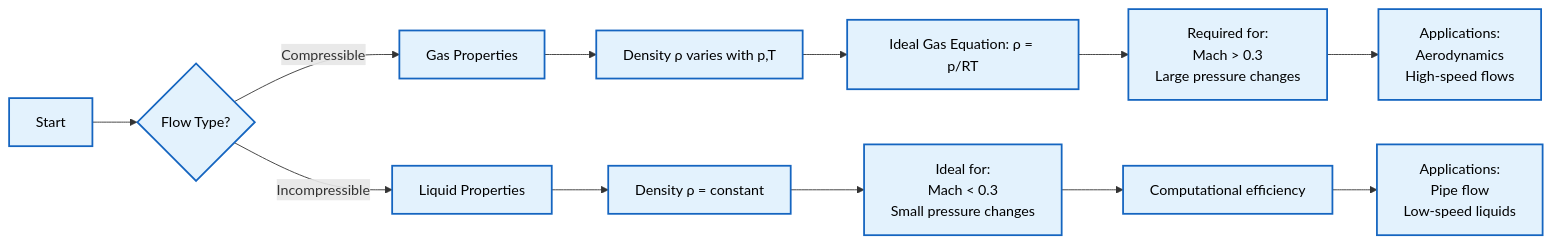
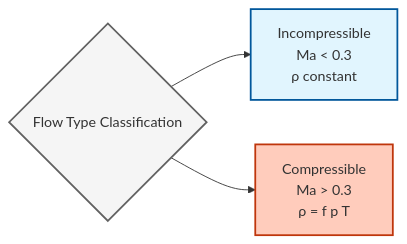
One commit to wramet/build-my-cfd changed the second of 2 diagrams in MODULE_01_CFD_FUNDAMENTALS/CONTENT/01_GOVERNING_EQUATIONS/03_Equation_of_State.md. Above: the diagram before and after it, drawn with Mermaid. The commit also changed other lines of this file and 313 other files, not shown here.

Commit message:
Revise all diagram

````diff
--- a/MODULE_01_CFD_FUNDAMENTALS/CONTENT/01_GOVERNING_EQUATIONS/03_Equation_of_State.md
+++ b/MODULE_01_CFD_FUNDAMENTALS/CONTENT/01_GOVERNING_EQUATIONS/03_Equation_of_State.md
@@ -162,20 +152,12 @@
 ```mermaid
 graph LR
-    A[Start] --> B{Flow Type?}
-    B -->|Compressible| C[Gas Properties]
-    C --> D[Density ρ varies with p,T]
-    D --> E[Ideal Gas Equation: ρ = p/RT]
-    E --> F[Required for: <br/>Mach > 0.3<br/>Large pressure changes]
+classDef implicit fill:#e1f5fe,stroke:#01579b,stroke-width:2px
+classDef explicit fill:#ffccbc,stroke:#bf360c,stroke-width:2px
+classDef context fill:#f5f5f5,stroke:#616161,stroke-width:2px
+Flow{"Flow Type Classification"}:::context
+Incomp["Incompressible<br/>Ma < 0.3<br/>ρ constant"]:::implicit
+Comp["Compressible<br/>Ma > 0.3<br/>ρ = f p T"]:::explicit
 
-    B -->|Incompressible| G[Liquid Properties]
-    G --> H[Density ρ = constant]
-    H --> I[Ideal for: <br/>Mach < 0.3<br/>Small pressure changes]
-    I --> J[Computational efficiency]
-
-    F --> K[Applications: <br/>Aerodynamics<br/>High-speed flows]
-    J --> L[Applications: <br/>Pipe flow<br/>Low-speed liquids]
-
-    classDef process fill:#e3f2fd,stroke:#1565c0,stroke-width:2px,color:#000;
-    classDef decision fill:#fff9c4,stroke:#fbc02d,stroke-width:2px,color:#000;
-    class A,B,C,D,E,F,G,H,I,J,K,L process
+Flow --> Incomp
+Flow --> Comp
 ```
````
